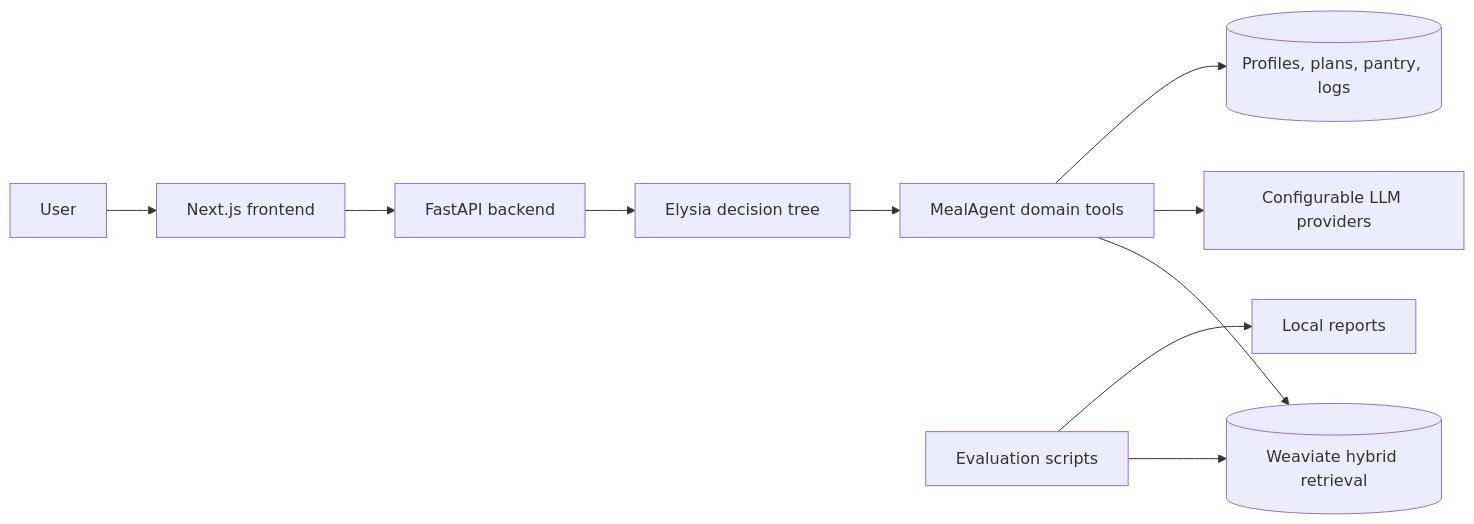
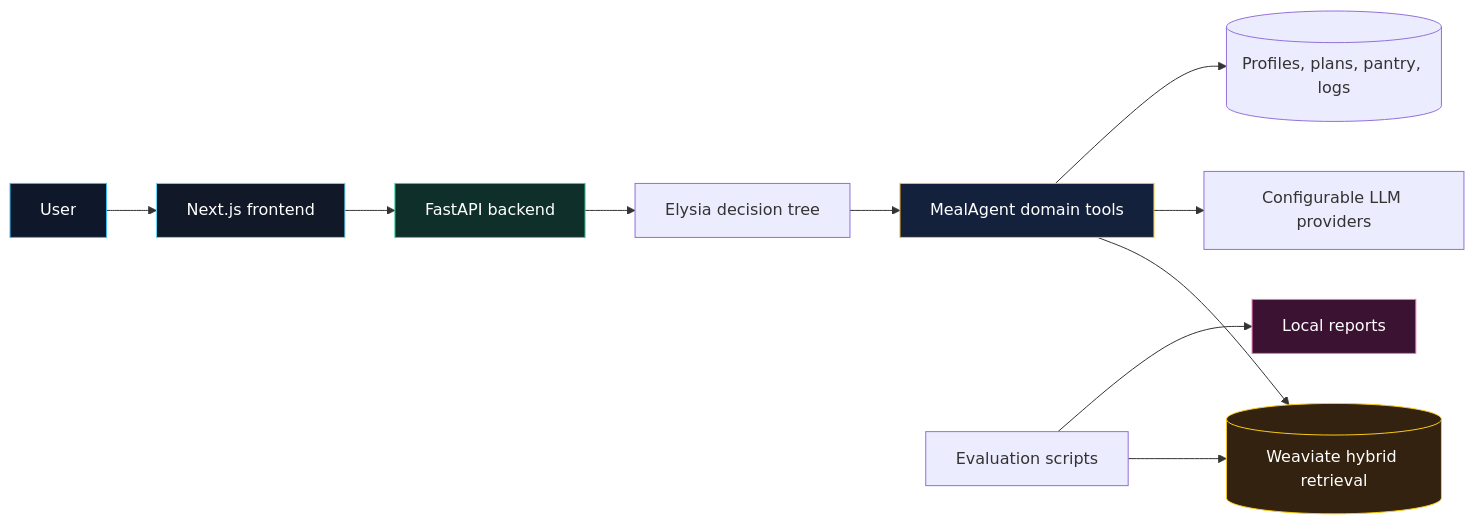
One commit to NCHzzz/MealAgent_Project changed the first of 2 diagrams in README.md. Above: the diagram before and after it, drawn with Mermaid. The commit also changed other lines of this file and 2 other files, not shown here.

````diff
--- a/README.md
+++ b/README.md
@@ -77,12 +136,19 @@
 ```mermaid
 flowchart LR
     User[User] --> Web[Next.js frontend]
     Web --> API[FastAPI backend]
     API --> Elysia[Elysia decision tree]
     Elysia --> Tools[MealAgent domain tools]
     Tools --> Search[(Weaviate hybrid retrieval)]
     Tools --> LLM[Configurable LLM providers]
     Tools --> Data[(Profiles, plans, pantry, logs)]
     Evaluation[Evaluation scripts] --> Search
     Evaluation --> Reports[Local reports]
+
+    style User fill:#0f172a,stroke:#38bdf8,color:#fff
+    style Web fill:#111827,stroke:#61dafb,color:#fff
+    style API fill:#0f2f2a,stroke:#34d399,color:#fff
+    style Tools fill:#14213d,stroke:#fbbf24,color:#fff
+    style Search fill:#33220f,stroke:#facc15,color:#fff
+    style Reports fill:#3b1231,stroke:#f472b6,color:#fff
 ```
````
